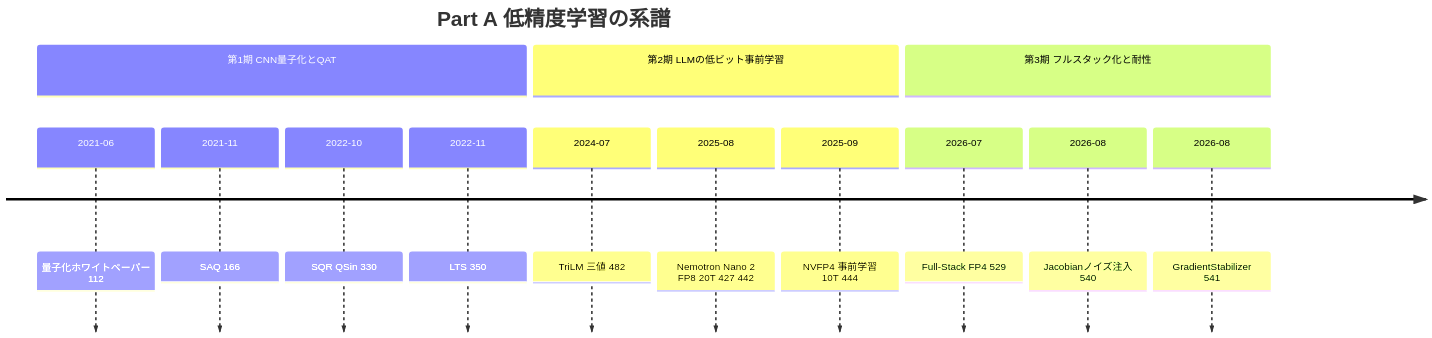
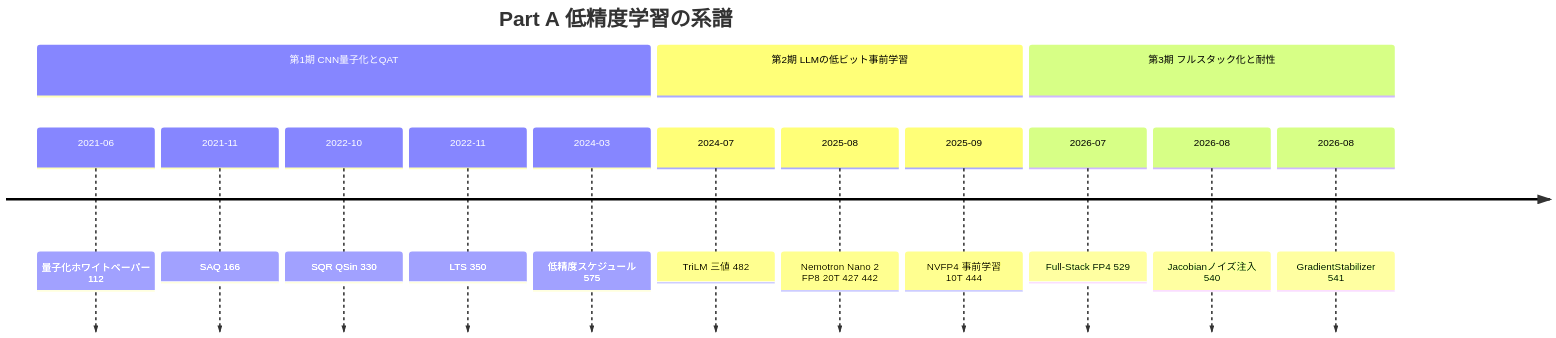
Before and after one commit to Hiroki11x/Papers: the first of 3 diagrams in docs/practical_optimization/02_low_precision_and_muon.md, drawn with Mermaid. The commit also changed other lines of this file and 20 other files, not shown here.

````diff
--- a/docs/practical_optimization/02_low_precision_and_muon.md
+++ b/docs/practical_optimization/02_low_precision_and_muon.md
@@ -128,17 +128,18 @@
 ```mermaid
 timeline
     title Part A 低精度学習の系譜
     section 第1期 CNN量子化とQAT
         2021-06 : 量子化ホワイトペーパー 112
         2021-11 : SAQ 166
         2022-10 : SQR QSin 330
         2022-11 : LTS 350
+        2024-03 : 低精度スケジュール 575
     section 第2期 LLMの低ビット事前学習
         2024-07 : TriLM 三値 482
         2025-08 : Nemotron Nano 2 FP8 20T 427 442
         2025-09 : NVFP4 事前学習 10T 444
     section 第3期 フルスタック化と耐性
         2026-07 : Full-Stack FP4 529
         2026-08 : Jacobianノイズ注入 540
         2026-08 : GradientStabilizer 541
 ```
````
